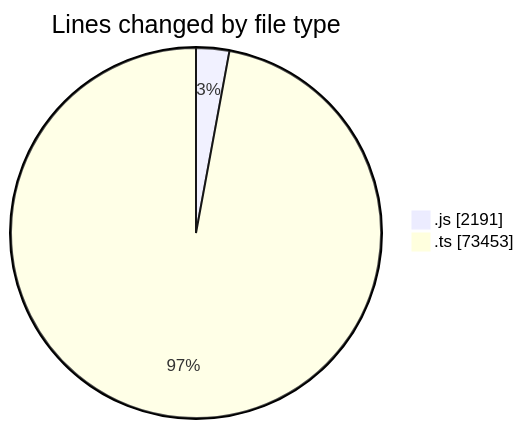
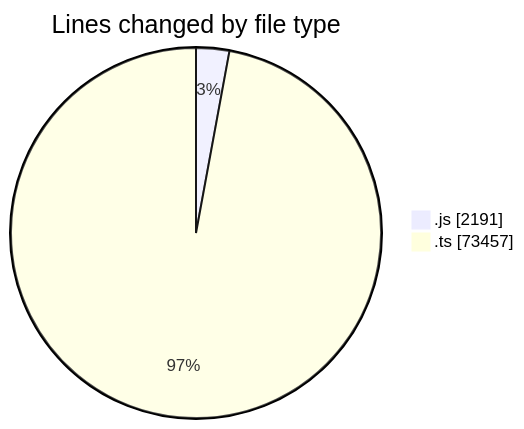
The first of 2 diagrams in 2025-06-19/cda/README.md (momahboobian/code-tracking), drawn with Mermaid before and after one commit. The commit also changed other lines of this file and 1 other file, not shown here.

````diff
--- a/2025-06-19/cda/README.md
+++ b/2025-06-19/cda/README.md
@@ -41,6 +41,6 @@
 ```mermaid
 pie showData
 title Lines changed by file type
 ".js" : 2191
-".ts" : 73453
+".ts" : 73457
 ```
````
